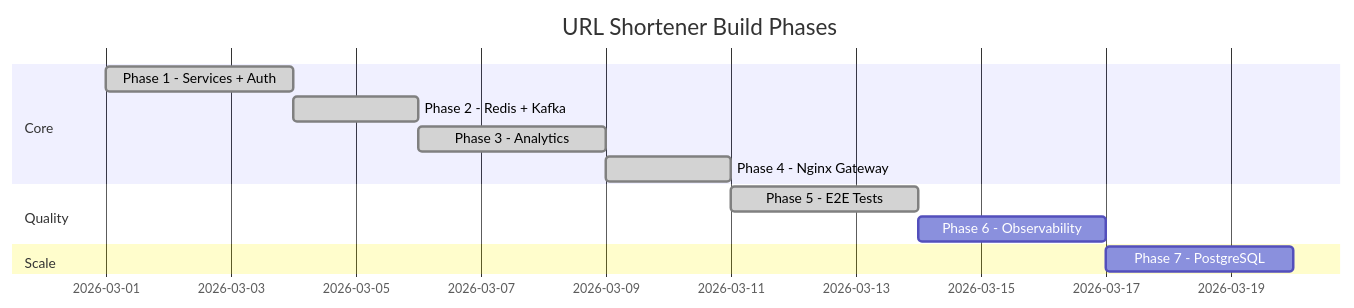
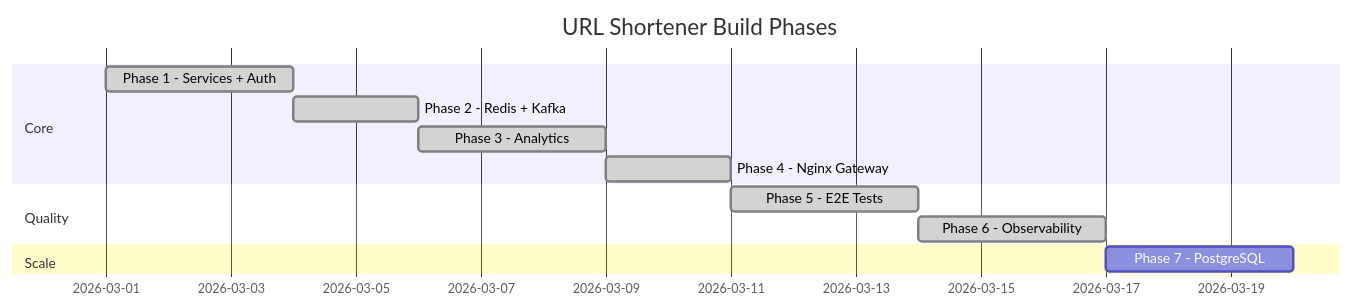
One commit to hemantkgupta/url-shortener-java changed the diagram in docs/phases.md. Above: the diagram before and after it, drawn with Mermaid. The commit also changed other lines of this file and 23 other files, not shown here.

````diff
--- a/docs/phases.md
+++ b/docs/phases.md
@@ -138,15 +151,15 @@
 ```mermaid
 gantt
     title URL Shortener Build Phases
     dateFormat YYYY-MM-DD
     section Core
         Phase 1 - Services + Auth     :done,    p1, 2026-03-01, 3d
         Phase 2 - Redis + Kafka       :done,    p2, after p1, 2d
         Phase 3 - Analytics           :done,    p3, after p2, 3d
         Phase 4 - Nginx Gateway       :done,    p4, after p3, 2d
     section Quality
         Phase 5 - E2E Tests           :done,    p5, after p4, 3d
-        Phase 6 - Observability       :         p6, after p5, 3d
+        Phase 6 - Observability       :done,    p6, after p5, 3d
     section Scale
         Phase 7 - PostgreSQL          :         p7, after p6, 3d
 ```
````
